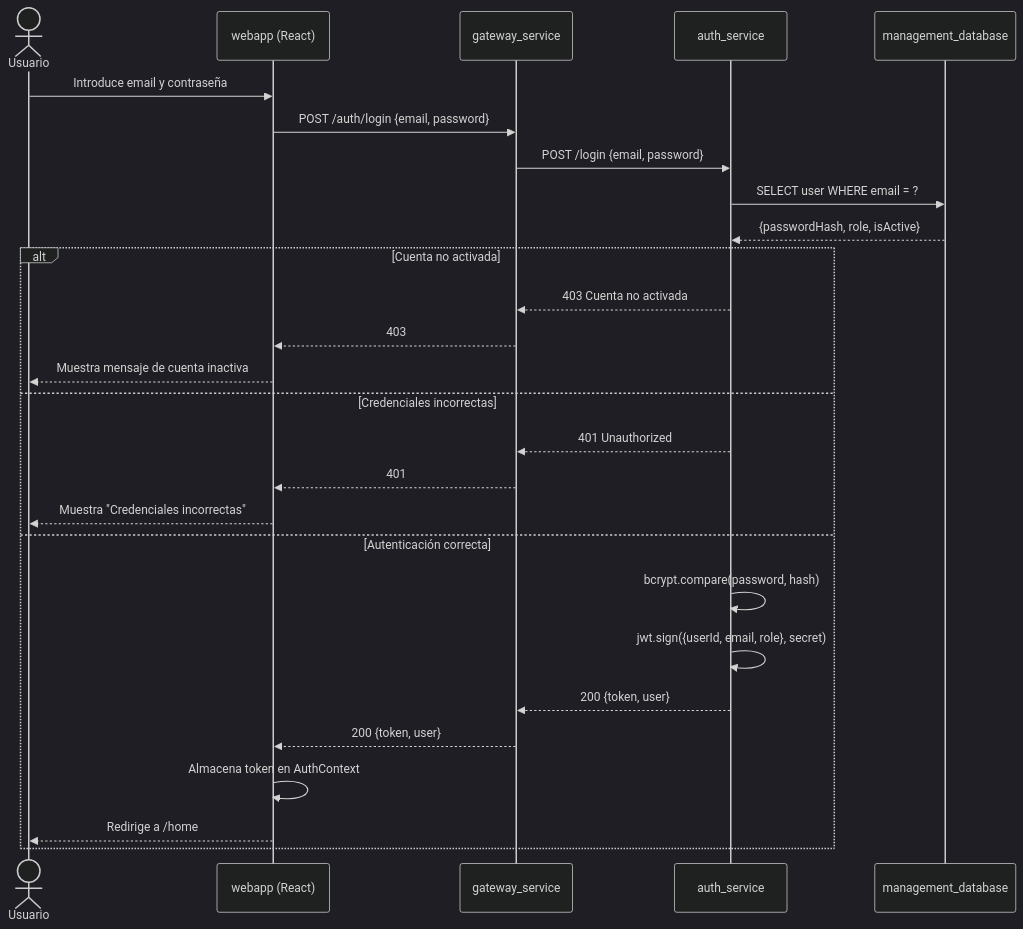
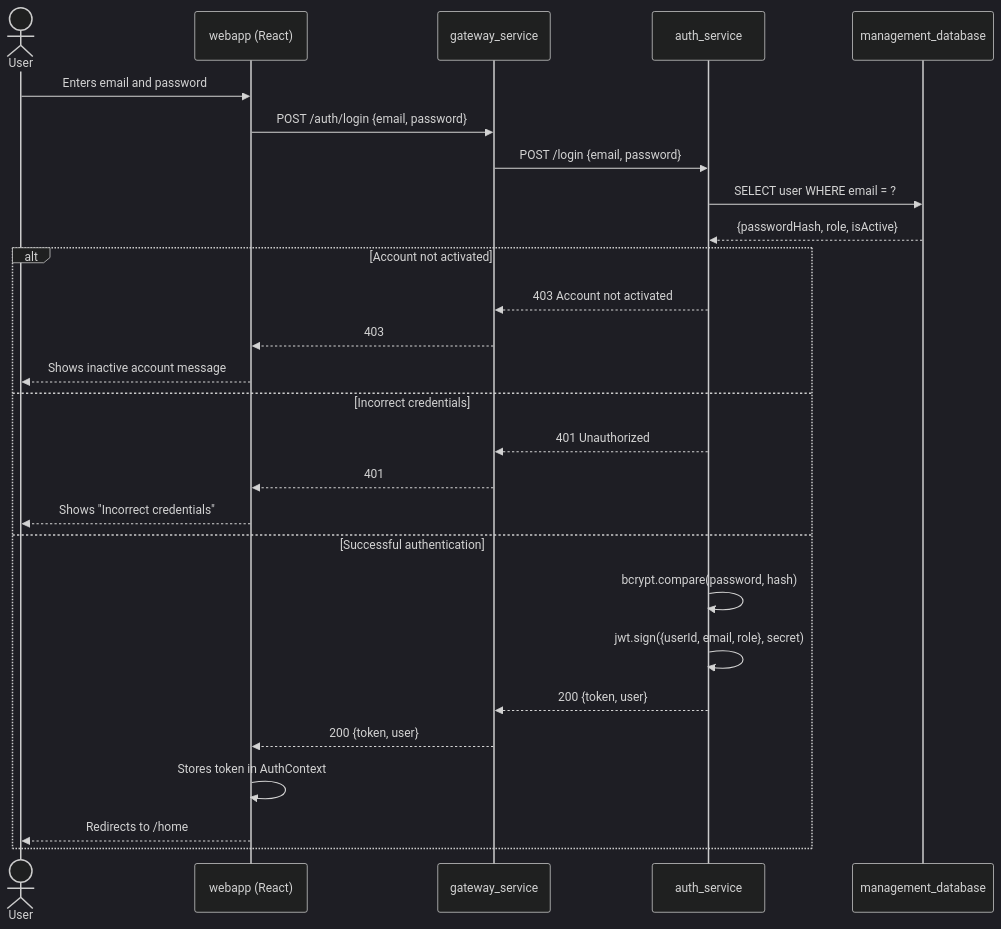
One commit to Murias10/TeachingPlanner changed the sixth of 10 diagrams in docs/capitulo5_diseno.md. Above: the diagram before and after it, drawn with Mermaid (dark theme). The commit also changed other lines of this file and 2 other files, not shown here.

````diff
--- a/docs/capitulo5_diseno.md
+++ b/docs/capitulo5_diseno.md
@@ -611,31 +628,31 @@
 ```mermaid
 sequenceDiagram
-    actor Usuario
+    actor User
     participant webapp as webapp (React)
     participant gateway as gateway_service
     participant auth as auth_service
     participant db as management_database
 
-    Usuario->>webapp: Introduce email y contraseña
+    User->>webapp: Enters email and password
     webapp->>gateway: POST /auth/login {email, password}
     gateway->>auth: POST /login {email, password}
     auth->>db: SELECT user WHERE email = ?
     db-->>auth: {passwordHash, role, isActive}
 
-    alt Cuenta no activada
-        auth-->>gateway: 403 Cuenta no activada
+    alt Account not activated
+        auth-->>gateway: 403 Account not activated
         gateway-->>webapp: 403
-        webapp-->>Usuario: Muestra mensaje de cuenta inactiva
-    else Credenciales incorrectas
+        webapp-->>User: Shows inactive account message
+    else Incorrect credentials
         auth-->>gateway: 401 Unauthorized
         gateway-->>webapp: 401
-        webapp-->>Usuario: Muestra "Credenciales incorrectas"
-    else Autenticación correcta
+        webapp-->>User: Shows "Incorrect credentials"
+    else Successful authentication
         auth->>auth: bcrypt.compare(password, hash)
         auth->>auth: jwt.sign({userId, email, role}, secret)
         auth-->>gateway: 200 {token, user}
         gateway-->>webapp: 200 {token, user}
-        webapp->>webapp: Almacena token en AuthContext
-        webapp-->>Usuario: Redirige a /home
+        webapp->>webapp: Stores token in AuthContext
+        webapp-->>User: Redirects to /home
     end
 ```
````
